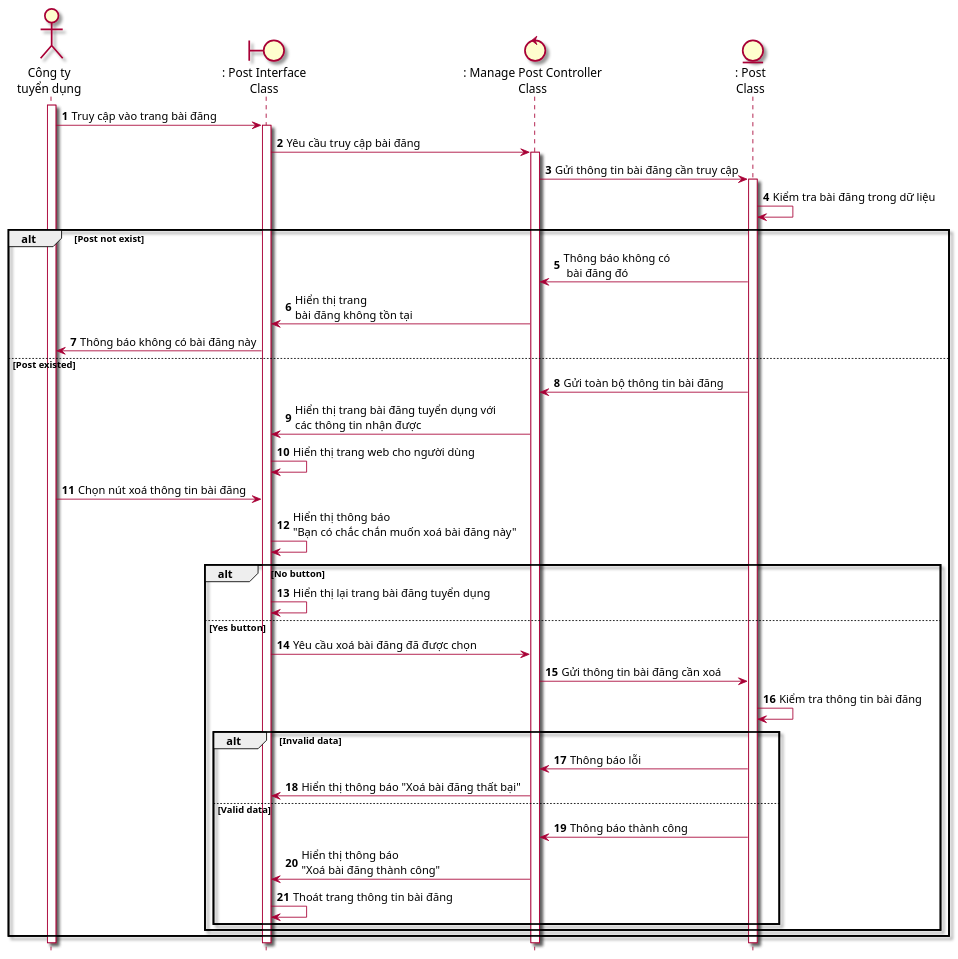
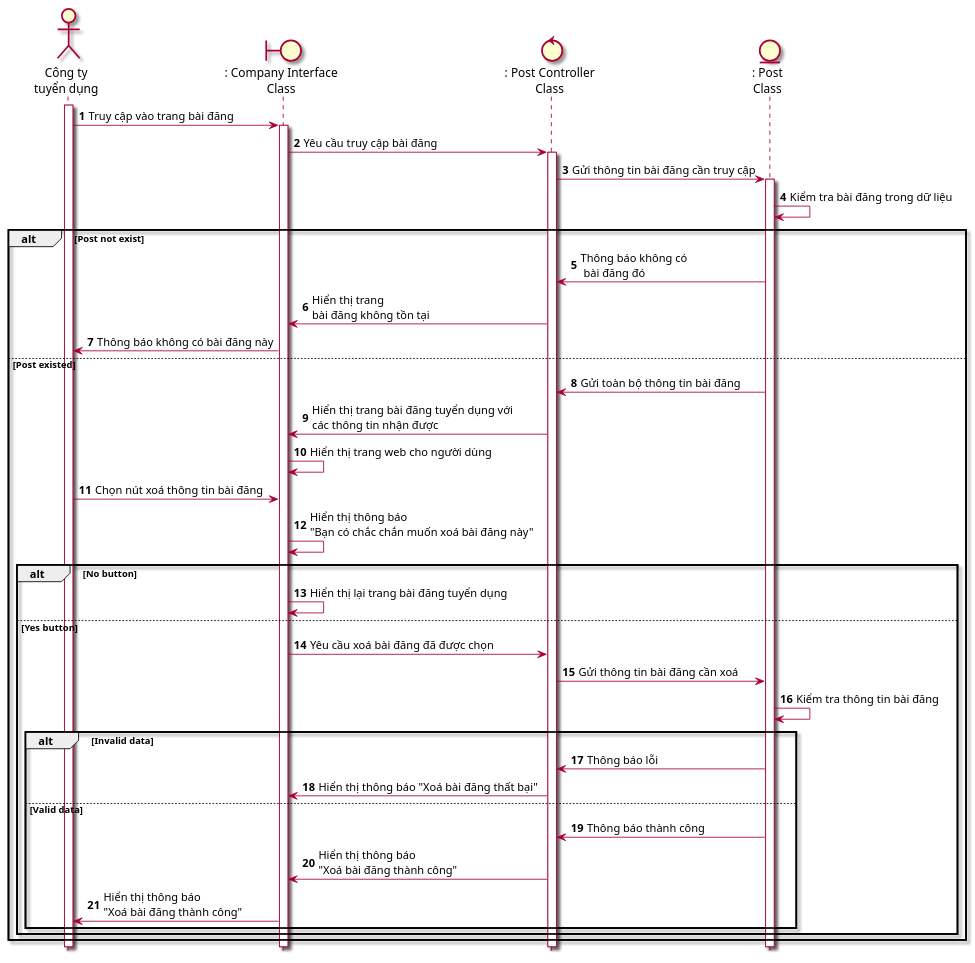
The diagram in Lab1/Lab 1.2 Diagram/Sequence/FilePUML/2.4 SeqXoaBaiDang.puml (Griselda4774/EAS-EmploymentAssistanceSystem), drawn with PlantUML before and after one commit. The commit also changed 9 other files, not shown here.

```diff
--- a/Lab1/Lab 1.2 Diagram/Sequence/FilePUML/2.4 SeqXoaBaiDang.puml
+++ b/Lab1/Lab 1.2 Diagram/Sequence/FilePUML/2.4 SeqXoaBaiDang.puml
@@ -1,40 +1,41 @@
 @startuml SeqXoaBaiDang
 skin rose
 hide footbox
 actor congTy as "Công ty\ntuyển dụng"
-boundary postInterface as ": Post Interface\nClass"
-control managePostController as ": Manage Post Controller\nClass"
+boundary companyInterface as ": Company Interface\nClass"
+control postController as ": Post Controller\nClass"
 entity Post as ": Post\nClass"
 autonumber 
 congTy++
-congTy -> postInterface++: Truy cập vào trang bài đăng
-postInterface-> managePostController++: Yêu cầu truy cập bài đăng
-managePostController -> Post++:Gửi thông tin bài đăng cần truy cập
+congTy -> companyInterface++: Truy cập vào trang bài đăng
+companyInterface-> postController++: Yêu cầu truy cập bài đăng
+postController -> Post++:Gửi thông tin bài đăng cần truy cập
 Post -> Post: Kiểm tra bài đăng trong dữ liệu
 alt Post not exist
-    Post-> managePostController: Thông báo không có\n bài đăng đó
-    managePostController -> postInterface: Hiển thị trang \nbài đăng không tồn tại 
-    postInterface -> congTy: Thông báo không có bài đăng này
+    Post-> postController: Thông báo không có\n bài đăng đó
+    postController -> companyInterface: Hiển thị trang \nbài đăng không tồn tại 
+    companyInterface -> congTy: Thông báo không có bài đăng này
 else Post existed
-    Post-> managePostController: Gửi toàn bộ thông tin bài đăng
-    managePostController -> postInterface: Hiển thị trang bài đăng tuyển dụng với \ncác thông tin nhận được
-    postInterface -> postInterface: Hiển thị trang web cho người dùng
-    congTy -> postInterface: Chọn nút xoá thông tin bài đăng
-    postInterface -> postInterface: Hiển thị thông báo \n"Bạn có chắc chắn muốn xoá bài đăng này"
+    Post-> postController: Gửi toàn bộ thông tin bài đăng
+    postController -> companyInterface: Hiển thị trang bài đăng tuyển dụng với \ncác thông tin nhận được
+    companyInterface -> companyInterface: Hiển thị trang web cho người dùng
+    congTy -> companyInterface: Chọn nút xoá thông tin bài đăng
+    companyInterface -> companyInterface: Hiển thị thông báo \n"Bạn có chắc chắn muốn xoá bài đăng này"
     alt No button
-    postInterface->postInterface: Hiển thị lại trang bài đăng tuyển dụng
+    companyInterface->companyInterface: Hiển thị lại trang bài đăng tuyển dụng
     else Yes button
-    postInterface-> managePostController: Yêu cầu xoá bài đăng đã được chọn
-    managePostController -> Post: Gửi thông tin bài đăng cần xoá 
+    companyInterface-> postController: Yêu cầu xoá bài đăng đã được chọn
+    postController -> Post: Gửi thông tin bài đăng cần xoá 
     Post->Post: Kiểm tra thông tin bài đăng
     alt Invalid data
-    Post->managePostController: Thông báo lỗi 
-    managePostController -> postInterface: Hiển thị thông báo "Xoá bài đăng thất bại"
+    Post->postController: Thông báo lỗi 
+    postController -> companyInterface: Hiển thị thông báo "Xoá bài đăng thất bại"
     else Valid data
-    Post->managePostController: Thông báo thành công
-    managePostController -> postInterface: Hiển thị thông báo \n"Xoá bài đăng thành công"
-    postInterface -> postInterface: Thoát trang thông tin bài đăng
+    Post->postController: Thông báo thành công
+    postController -> companyInterface: Hiển thị thông báo \n"Xoá bài đăng thành công"
+    companyInterface -> congTy: Hiển thị thông báo \n"Xoá bài đăng thành công"
+   
     end
     end
 end
 @enduml
```
